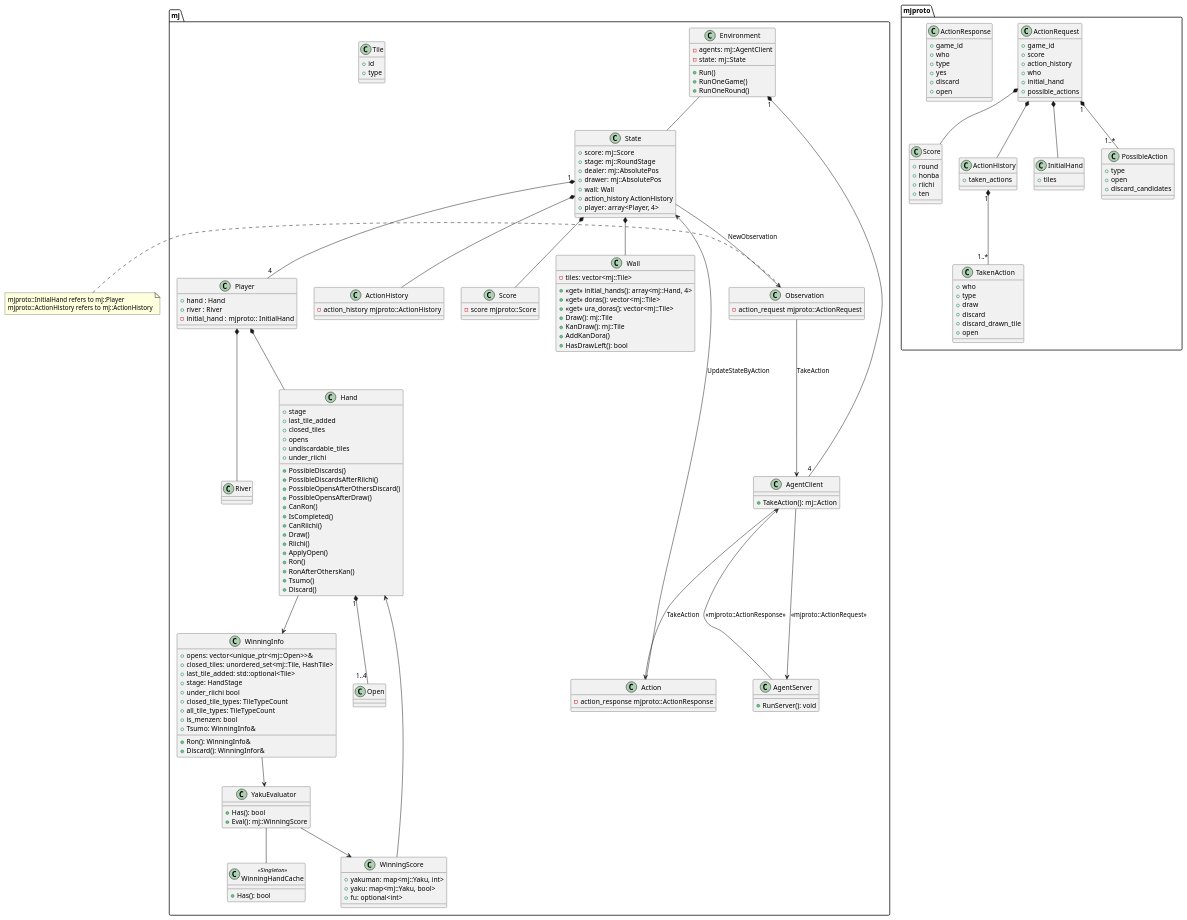
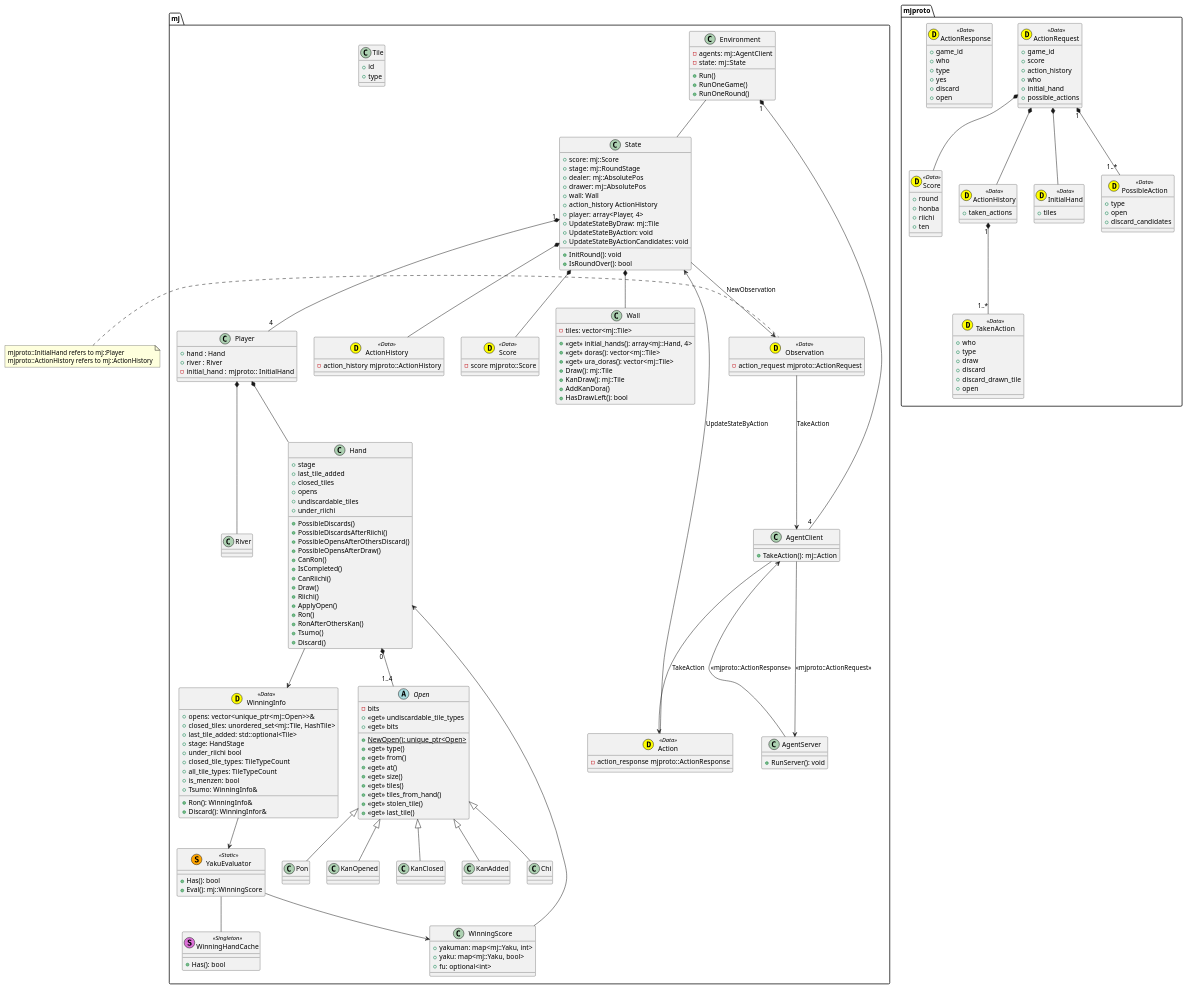
One commit to mjx-project/mjx changed the diagram in diagrams.pu. Above: the diagram before and after it, drawn with PlantUML.

Commit message:
update disagram

```diff
--- a/diagrams.pu
+++ b/diagrams.pu
@@ -2,14 +2,14 @@
 
 set namespaceSeparator ::
 
-class mjproto::Score {
+class mjproto::Score <<(D,yellow) Data>> {
   + round
   + honba 
   + riichi 
   + ten 
 }
 
-class mjproto::TakenAction {
+class mjproto::TakenAction <<(D,yellow) Data>> {
   + who
   + type 
   + draw 
@@ -18,21 +18,21 @@
   + open
 }
 
-class mjproto::ActionHistory {
+class mjproto::ActionHistory <<(D,yellow) Data>> {
   + taken_actions 
 }
 
-class mjproto::InitialHand {
+class mjproto::InitialHand <<(D,yellow) Data>> {
   + tiles
 }
 
-class mjproto::PossibleAction {
+class mjproto::PossibleAction <<(D,yellow) Data>> {
   + type
   + open 
   + discard_candidates
 }
 
-class mjproto::ActionRequest {
+class mjproto::ActionRequest <<(D,yellow) Data>> {
   + game_id
   + score
   + action_history
@@ -41,7 +41,7 @@
   + possible_actions
 }
 
-class mjproto::ActionResponse { 
+class mjproto::ActionResponse <<(D,yellow) Data>> { 
   + game_id 
   + who
   + type
@@ -66,12 +66,12 @@
     + RunOneRound()
 }
 
-class mj::YakuEvaluator {
+class mj::YakuEvaluator <<(S,orange) Static>> {
     + Has(): bool
     + Eval(): mj::WinningScore
 }
 
-class mj::WinningHandCache <<Singleton>> {
+class mj::WinningHandCache <<(S,orchid) Singleton>> {
     + Has(): bool
 }
 
@@ -81,7 +81,7 @@
     + fu: optional<int>
 }
 
-class mj::WinningInfo {
+class mj::WinningInfo <<(D,yellow) Data>> {
     + opens: vector<unique_ptr<mj::Open>>& 
     + closed_tiles: unordered_set<mj::Tile, HashTile> 
     + last_tile_added: std::optional<Tile> 
@@ -103,6 +103,11 @@
     + wall: Wall
     + action_history ActionHistory 
     + player: array<Player, 4>
+    + InitRound(): void
+    + IsRoundOver(): bool
+    + UpdateStateByDraw: mj::Tile
+    + UpdateStateByAction: void
+    + UpdateStateByActionCandidates: void
 }
 
 class mj::Player {
@@ -111,7 +116,7 @@
     - initial_hand : mjproto:: InitialHand
 }
 
-class mj::Observation {
+class mj::Observation <<(D,yellow) Data>> {
     - action_request mjproto::ActionRequest
 }
 note left
@@ -119,7 +124,7 @@
 mjproto::ActionHistory refers to mj::ActionHistory
 end note
 
-class mj::ActionHistory {
+class mj::ActionHistory <<(D,yellow) Data>> {
     - action_history mjproto::ActionHistory
 }
 
@@ -131,7 +136,7 @@
     + RunServer(): void
 }
 
-class mj::Score {
+class mj::Score <<(D,yellow) Data>> {
     - score mjproto::Score
 }
 
@@ -150,7 +155,7 @@
 
 } 
 
-class mj::Action {
+class mj::Action <<(D,yellow) Data>> {
     - action_response mjproto::ActionResponse
 }
 
@@ -177,7 +182,38 @@
     + Discard()
 }
 
-class mj::Open {
+abstract class mj::Open {
+    - bits
+    + {static} NewOpen(): unique_ptr<Open>
+    + <<get>> type()
+    + <<get>> from()
+    + <<get>> at()
+    + <<get>> size()
+    + <<get>> tiles()
+    + <<get>> tiles_from_hand()
+    + <<get>> stolen_tile()
+    + <<get>> last_tile()
+    + <<get>> undiscardable_tile_types
+    + <<get>> bits
+}
+
+class mj::Chi {
+
+}
+
+class mj::Pon {
+
+}
+
+class mj::KanOpened {
+
+}
+
+class mj::KanClosed {
+
+}
+
+class mj::KanAdded {
 
 }
 
@@ -202,8 +238,14 @@
 mj::Player *-- mj::Hand
 mj::Player *-- mj::River 
 
-mj::Hand "1" *-- "1..4" mj::Open
+mj::Hand "0" *-- "1..4" mj::Open
 mj::Hand --> mj::WinningInfo
+
+mj::Open <|-- mj::Chi
+mj::Open <|-- mj::Pon
+mj::Open <|-- mj::KanClosed
+mj::Open <|-- mj::KanOpened
+mj::Open <|-- mj::KanAdded
 
 mj::WinningInfo --> mj::YakuEvaluator
 
```
